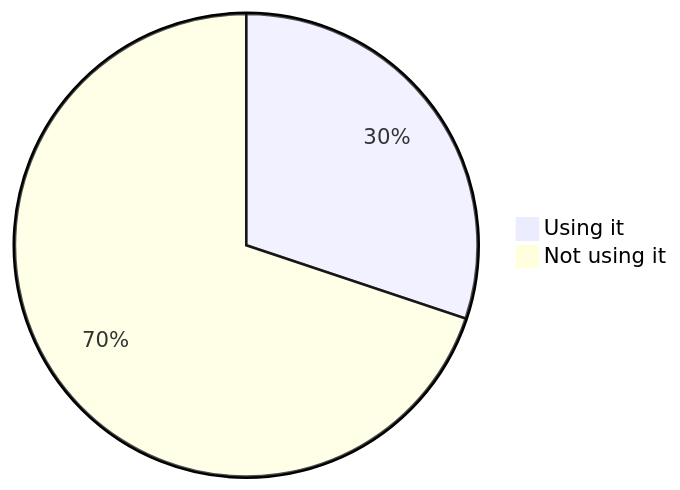
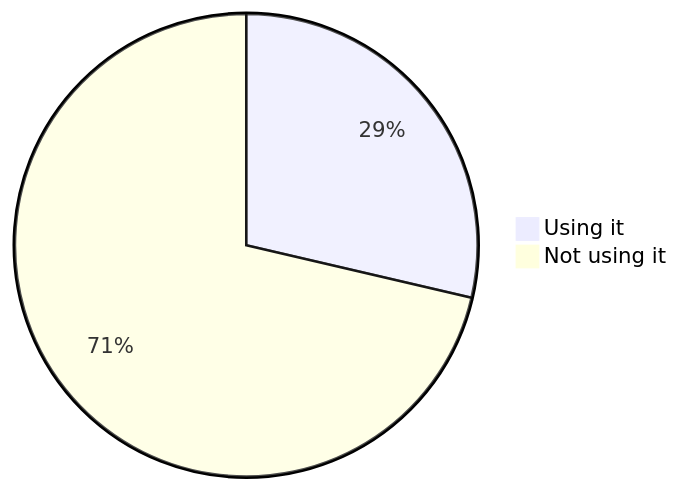
Before and after one commit to oshp/oshp-stats: diagram 15 of 22 in stats.md, drawn with Mermaid. The commit also changed other lines of this file, not shown here.

````diff
--- a/stats.md
+++ b/stats.md
@@ -178,6 +178,6 @@
 ```mermaid
 pie
-	"Using it" : 30.13
-	"Not using it" : 69.87
+	"Using it" : 28.64
+	"Not using it" : 71.36
 
 ```
````
